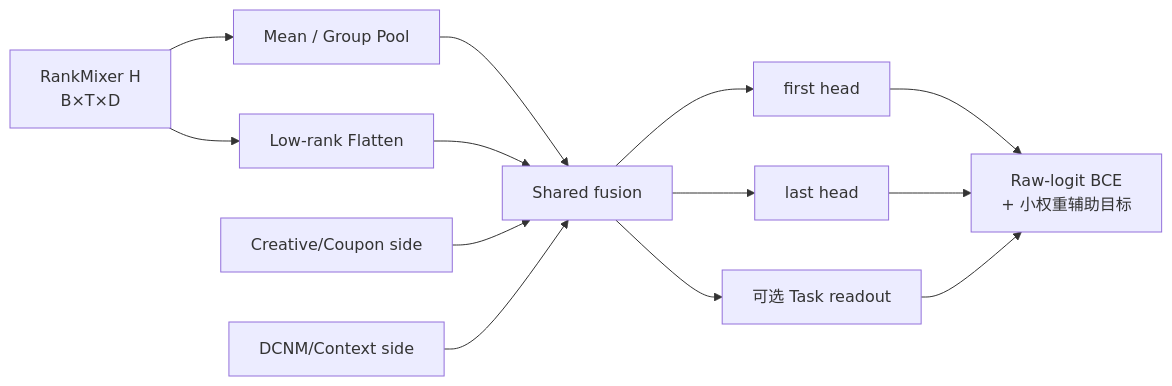
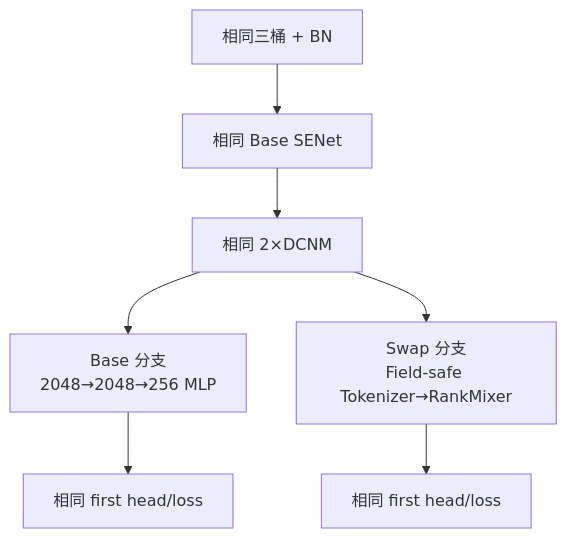
The seventh of 9 diagrams in rankmixer/CVR_RankMixer_全量改进方案_按模块分类.md (Bolt00Y/RAS), drawn with Mermaid before and after one commit. The commit also changed other lines of this file and 4 other files, not shown here.

Commit message:
Correct RankMixer base comparison

```diff
--- a/rankmixer/CVR_RankMixer_全量改进方案_按模块分类.md
+++ b/rankmixer/CVR_RankMixer_全量改进方案_按模块分类.md
@@ -1014,16 +936,9 @@
 ~~~mermaid
-flowchart LR
-    H["RankMixer H<br/>B×T×D"] --> M["Mean / Group Pool"]
-    H --> F["Low-rank Flatten"]
-    M --> Z["Shared fusion"]
-    F --> Z
-    C["Creative/Coupon side"] --> Z
-    D["DCNM/Context side"] --> Z
-
-    Z --> A["first head"]
-    Z --> B["last head"]
-    Z --> T["可选 Task readout"]
-    A --> L["Raw-logit BCE<br/>+ 小权重辅助目标"]
-    B --> L
-    T --> L
+flowchart TD
+    X["相同三桶 + BN"] --> S["相同 Base SENet"]
+    S --> D["相同 2×DCNM"]
+    D --> B["Base 分支<br/>2048→2048→256 MLP"]
+    D --> R["Swap 分支<br/>Field-safe Tokenizer→RankMixer"]
+    B --> HB["相同 first head/loss"]
+    R --> HR["相同 first head/loss"]
 ~~~
```
